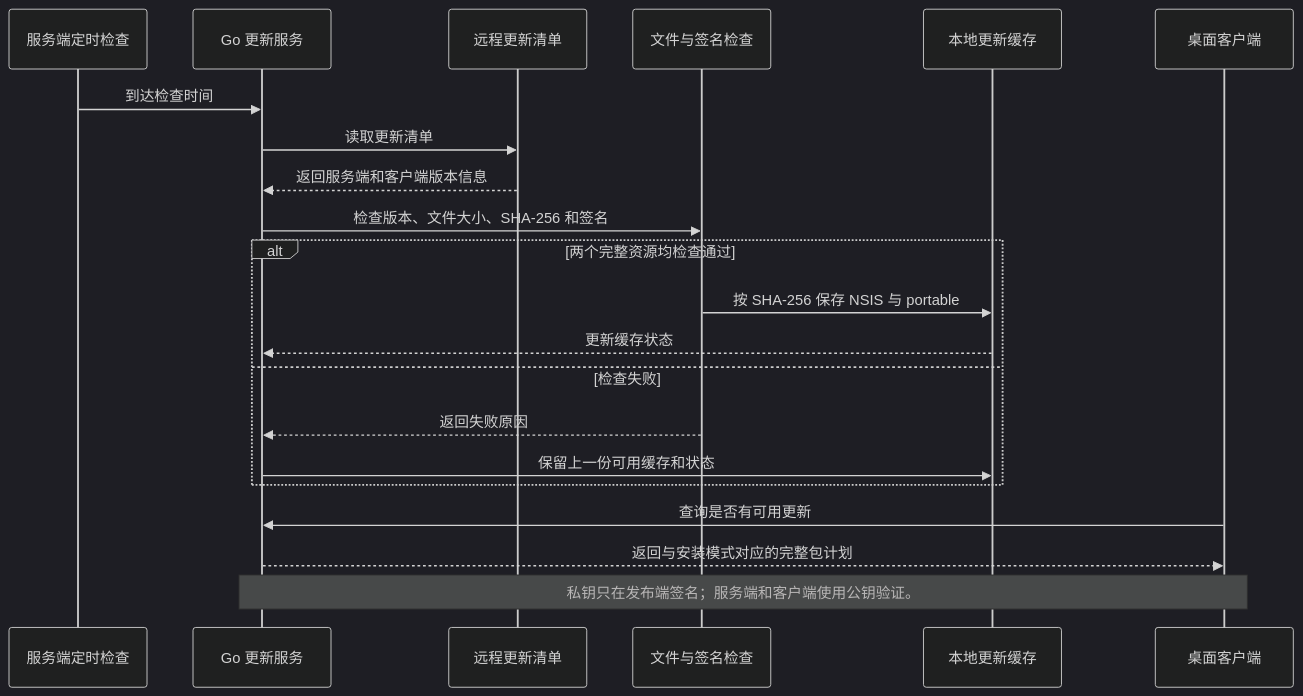
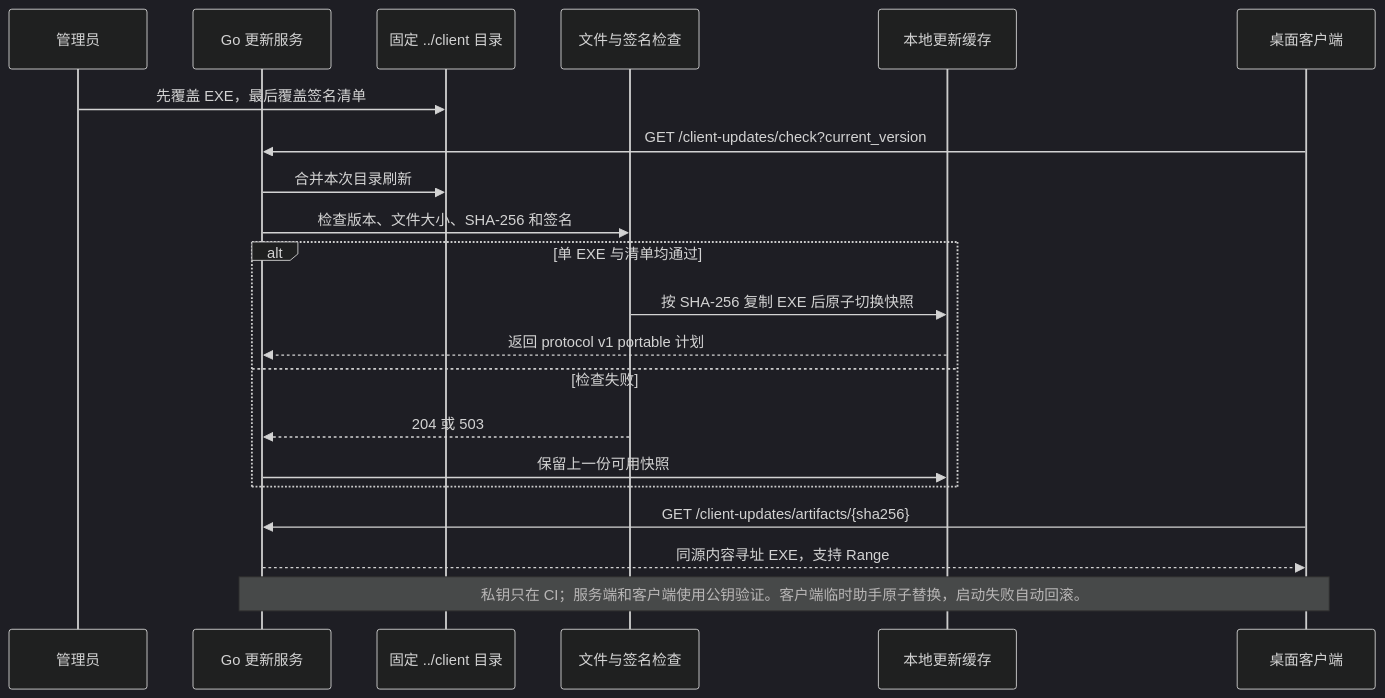
Before and after one commit to SilenceJR/bb_erp_echo: the seventh of 7 diagrams in docs/BACKEND_ARCHITECTURE.md, drawn with Mermaid (dark theme). The commit also changed other lines of this file and 71 other files, not shown here.

Commit message:
refactor: replace updater with LAN single-exe flow

```diff
--- a/docs/BACKEND_ARCHITECTURE.md
+++ b/docs/BACKEND_ARCHITECTURE.md
@@ -278,26 +279,26 @@
 ~~~mermaid
 sequenceDiagram
-    participant scheduler as 服务端定时检查
+    participant admin as 管理员
     participant api as Go 更新服务
-    participant remote as 远程更新清单
+    participant source as 固定 ../client 目录
     participant verify as 文件与签名检查
     participant cache as 本地更新缓存
     participant client as 桌面客户端
 
-    scheduler->>api: 到达检查时间
-    api->>remote: 读取更新清单
-    remote-->>api: 返回服务端和客户端版本信息
+    admin->>source: 先覆盖 EXE，最后覆盖签名清单
+    client->>api: GET /client-updates/check?current_version
+    api->>source: 合并本次目录刷新
     api->>verify: 检查版本、文件大小、SHA-256 和签名
 
-    alt 两个完整资源均检查通过
-        verify->>cache: 按 SHA-256 保存 NSIS 与 portable
-        cache-->>api: 更新缓存状态
+    alt 单 EXE 与清单均通过
+        verify->>cache: 按 SHA-256 复制 EXE 后原子切换快照
+        cache-->>api: 返回 protocol v1 portable 计划
     else 检查失败
-        verify-->>api: 返回失败原因
-        api->>cache: 保留上一份可用缓存和状态
+        verify-->>api: 204 或 503
+        api->>cache: 保留上一份可用快照
     end
 
-    client->>api: 查询是否有可用更新
-    api-->>client: 返回与安装模式对应的完整包计划
-    Note over api,client: 私钥只在发布端签名；服务端和客户端使用公钥验证。
+    client->>api: GET /client-updates/artifacts/{sha256}
+    api-->>client: 同源内容寻址 EXE，支持 Range
+    Note over api,client: 私钥只在 CI；服务端和客户端使用公钥验证。客户端临时助手原子替换，启动失败自动回滚。
 ~~~
```
